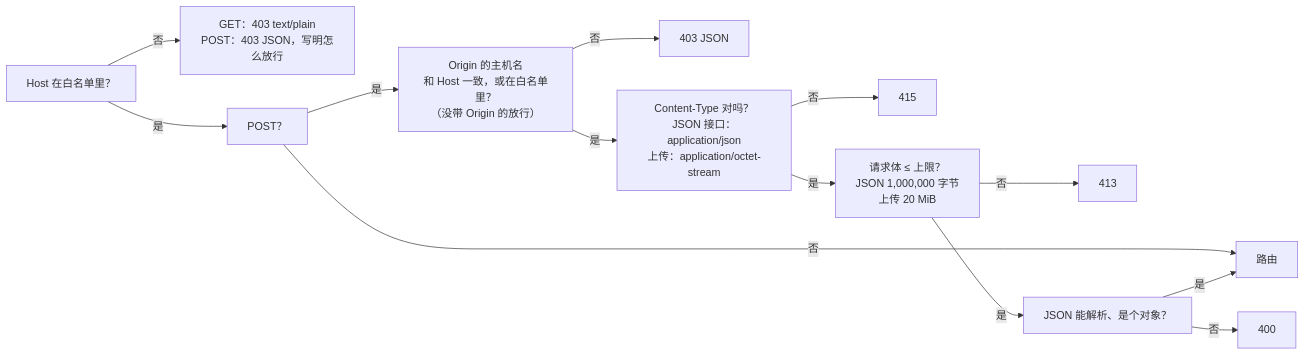
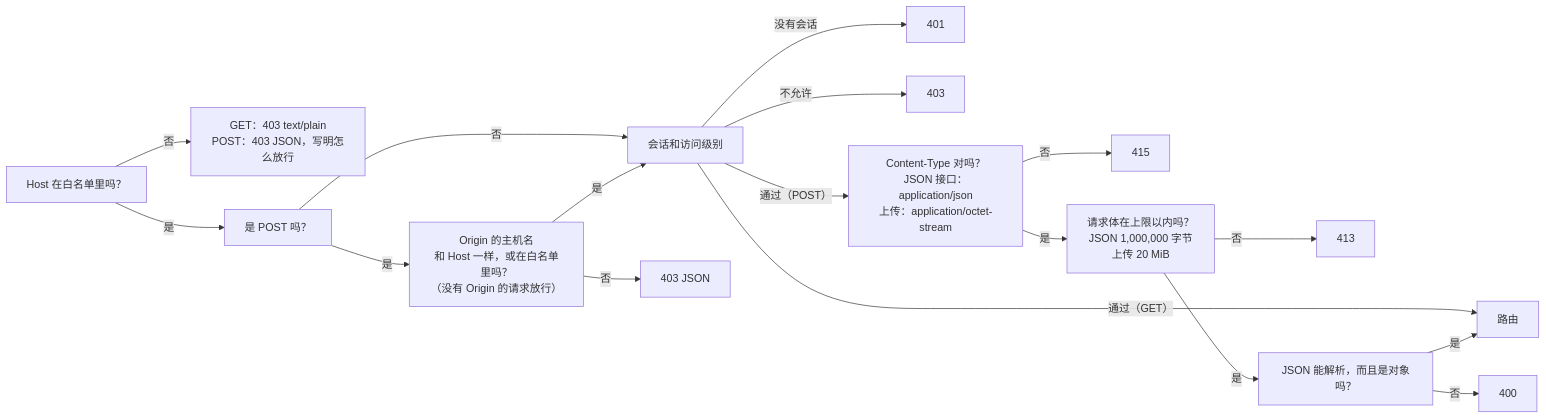
The diagram in docs/zh-CN/api.md (Yumin-Space/xexam), drawn with Mermaid before and after one commit. The commit also changed other lines of this file and 295 other files, not shown here.

````diff
--- a/docs/zh-CN/api.md
+++ b/docs/zh-CN/api.md
@@ -45,15 +66,19 @@
 ```mermaid
 flowchart LR
-    A["Host 在白名单里？"] -->|否| X1["GET：403 text/plain<br/>POST：403 JSON，写明怎么放行"]
-    A -->|是| B["POST？"]
-    B -->|否| R["路由"]
-    B -->|是| C["Origin 的主机名<br/>和 Host 一致，或在白名单里？<br/>（没带 Origin 的放行）"]
+    A["Host 在白名单里吗？"] -->|否| X1["GET：403 text/plain<br/>POST：403 JSON，写明怎么放行"]
+    A -->|是| B["是 POST 吗？"]
+    B -->|否| S["会话和访问级别"]
+    B -->|是| C["Origin 的主机名<br/>和 Host 一样，或在白名单里吗？<br/>（没有 Origin 的请求放行）"]
     C -->|否| X2["403 JSON"]
-    C -->|是| D["Content-Type 对吗？<br/>JSON 接口：application/json<br/>上传：application/octet-stream"]
+    C -->|是| S
+    S -->|没有会话| X6["401"]
+    S -->|不允许| X7["403"]
+    S -->|"通过（GET）"| R["路由"]
+    S -->|"通过（POST）"| D["Content-Type 对吗？<br/>JSON 接口：application/json<br/>上传：application/octet-stream"]
     D -->|否| X3["415"]
-    D -->|是| E["请求体 ≤ 上限？<br/>JSON 1,000,000 字节<br/>上传 20 MiB"]
+    D -->|是| E["请求体在上限以内吗？<br/>JSON 1,000,000 字节<br/>上传 20 MiB"]
     E -->|否| X4["413"]
-    E -->|是| F["JSON 能解析、是个对象？"]
+    E -->|是| F["JSON 能解析，而且是对象吗？"]
     F -->|否| X5["400"]
     F -->|是| R
 ```
````
